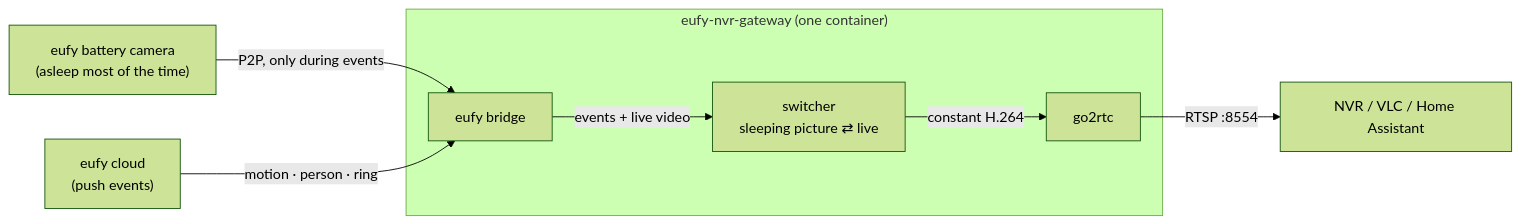
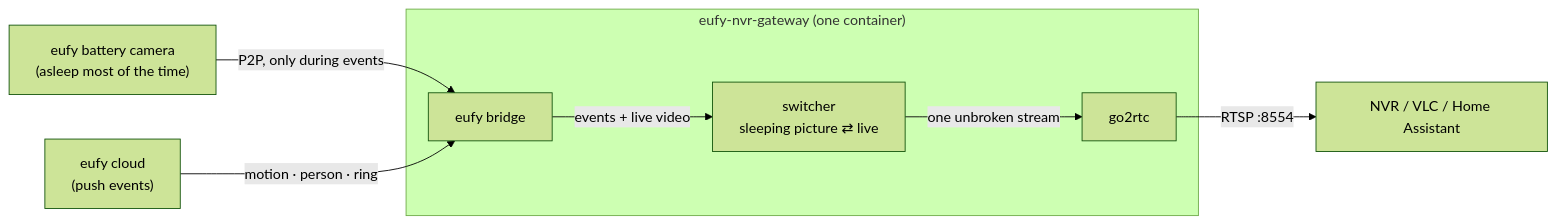
The diagram in README.md (dbanky/eufy-nvr-gateway), drawn with Mermaid (forest theme) before and after one commit. The commit also changed other lines of this file and 3 other files, not shown here.

````diff
--- a/README.md
+++ b/README.md
@@ -23,10 +24,10 @@
 ```mermaid
 flowchart LR
   cam["eufy battery camera<br>(asleep most of the time)"] -- "P2P, only during events" --> bridge
   cloud["eufy cloud<br>(push events)"] -- "motion · person · ring" --> bridge
   subgraph container ["eufy-nvr-gateway (one container)"]
     bridge["eufy bridge"] -- "events + live video" --> switcher["switcher<br>sleeping picture ⇄ live"]
-    switcher -- "constant H.264" --> go2rtc
+    switcher -- "one unbroken stream" --> go2rtc
   end
   go2rtc -- "RTSP :8554" --> nvr["NVR / VLC / Home Assistant"]
 ```
````
